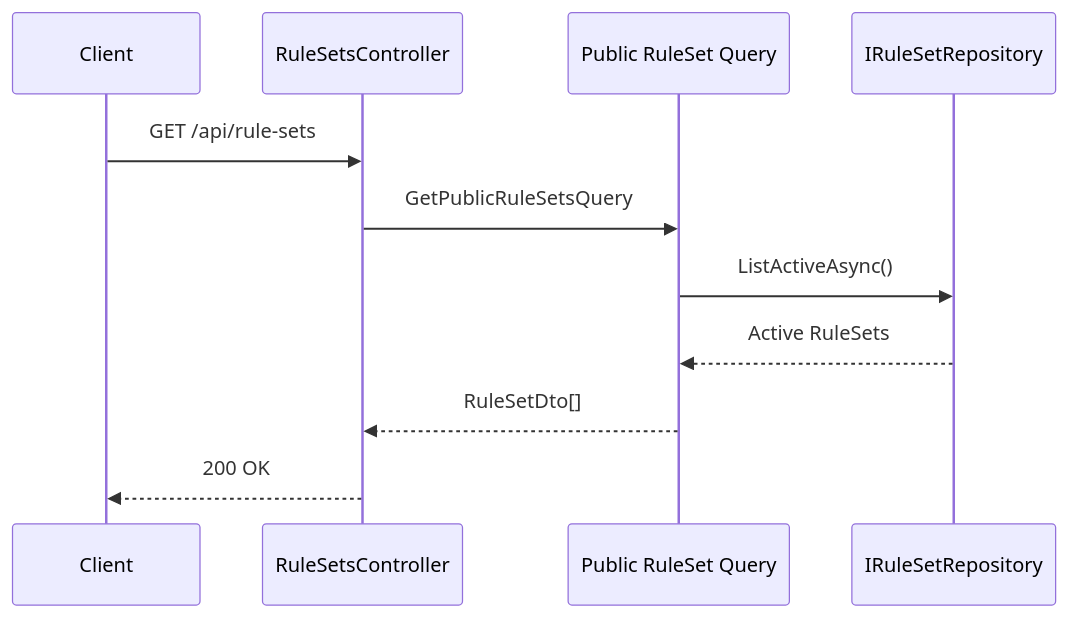
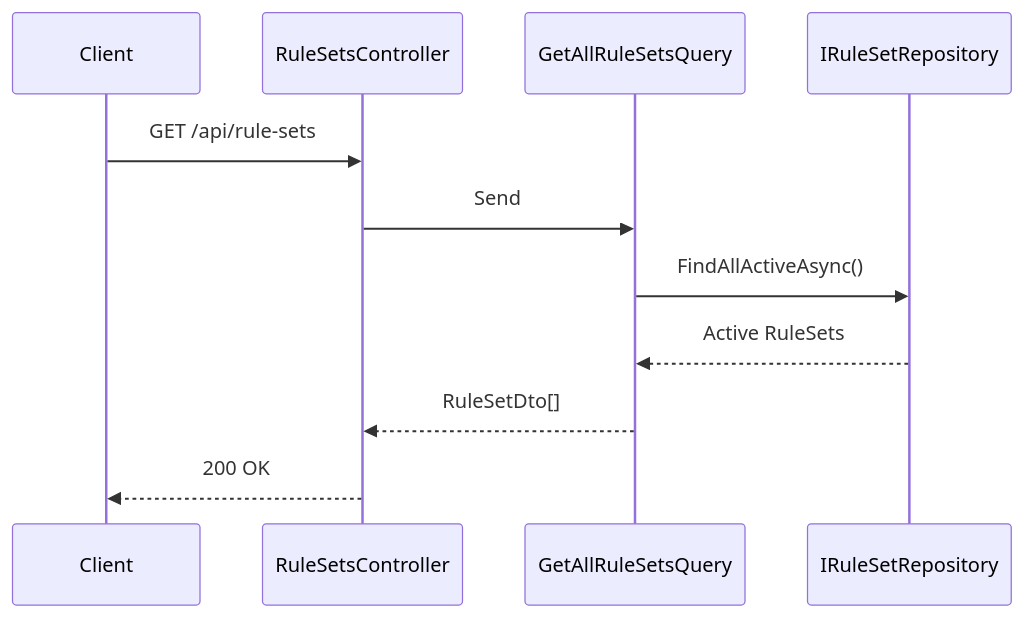
The second of 4 diagrams in docs/design/architecture-overview.md (p-o-ke-nae/pokemondamagecalculatorforstory), drawn with Mermaid before and after one commit. The commit also changed other lines of this file and 4 other files, not shown here.

````diff
--- a/docs/design/architecture-overview.md
+++ b/docs/design/architecture-overview.md
@@ -136,14 +139,14 @@
 ```mermaid
 sequenceDiagram
     participant Client
     participant Controller as RuleSetsController
-    participant Query as Public RuleSet Query
+    participant Query as GetAllRuleSetsQuery
     participant Repo as IRuleSetRepository
 
     Client->>Controller: GET /api/rule-sets
-    Controller->>Query: GetPublicRuleSetsQuery
-    Query->>Repo: ListActiveAsync()
+    Controller->>Query: Send
+    Query->>Repo: FindAllActiveAsync()
     Repo-->>Query: Active RuleSets
     Query-->>Controller: RuleSetDto[]
     Controller-->>Client: 200 OK
 ```
````
